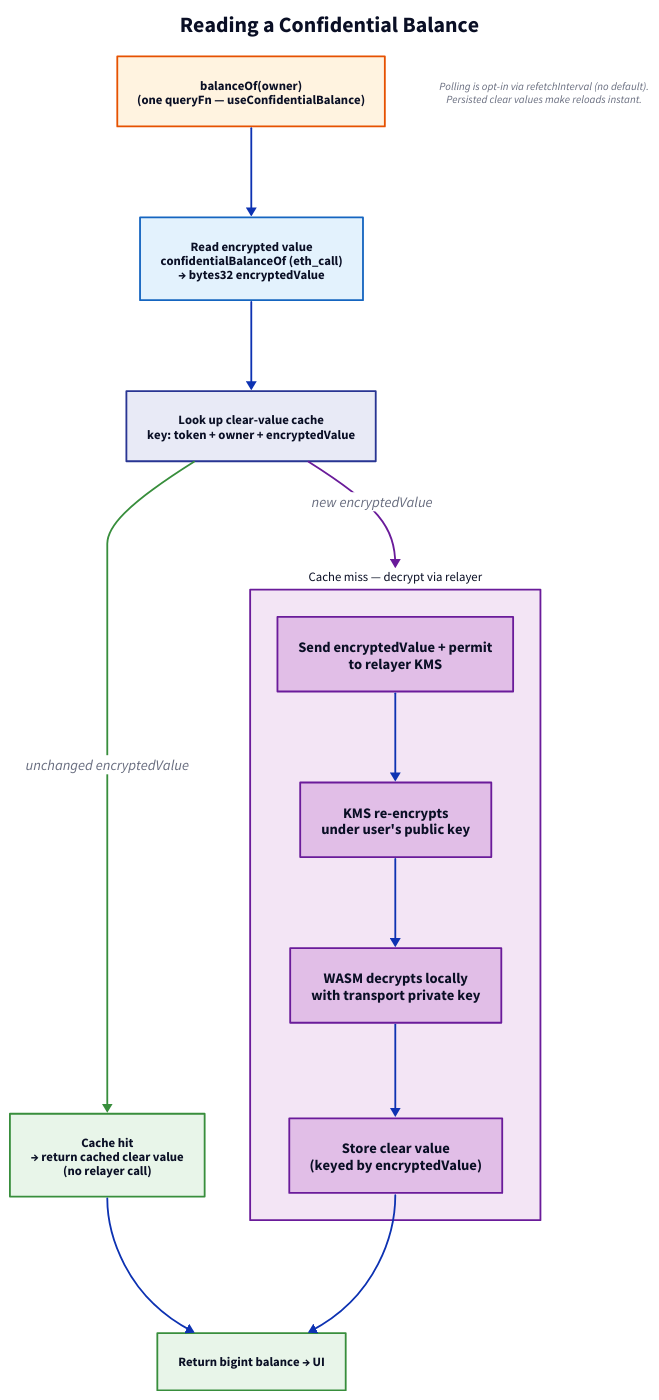
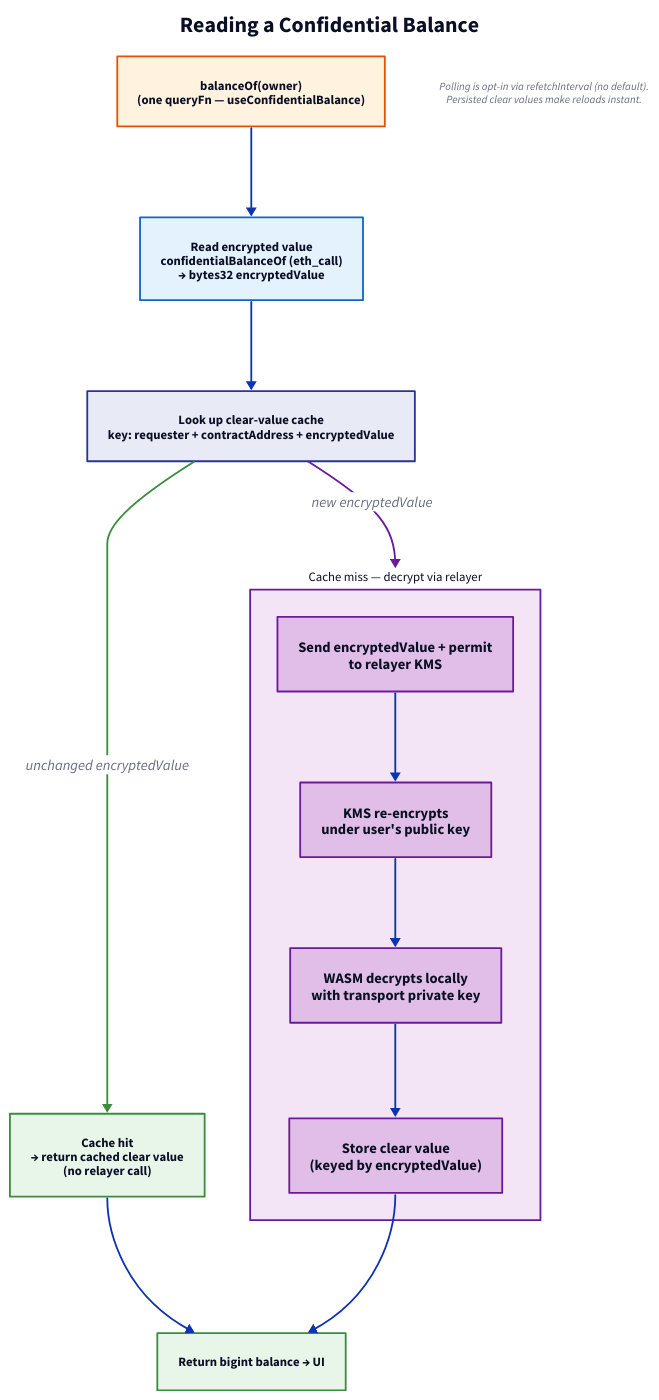
The diagram in docs/diagrams/balance-read.d2 (zama-ai/sdk), drawn with D2 before and after one commit. The commit also changed 13 other files, not shown here.

```diff
--- a/docs/diagrams/balance-read.d2
+++ b/docs/diagrams/balance-read.d2
@@ -1,90 +1,90 @@
 direction: down
 
 title: {
   label: "Reading a Confidential Balance"
   near: top-center
   shape: text
   style.font-size: 24
   style.bold: true
 }
 
 # --- Single entry point ---
 call: "balanceOf(owner)\n(one queryFn — useConfidentialBalance)" {
   style.fill: "#FFF3E0"
   style.stroke: "#E65100"
   style.font-size: 14
   style.bold: true
 }
 
 # --- Step 1: read the encrypted value (cheap) ---
 read: "Read encrypted value\nconfidentialBalanceOf (eth_call)\n→ bytes32 encryptedValue" {
   style.fill: "#E3F2FD"
   style.stroke: "#1565C0"
   style.font-size: 14
 }
 
 # --- Step 2: clear-value cache lookup ---
-lookup: "Look up clear-value cache\nkey: token + owner + encryptedValue" {
+lookup: "Look up clear-value cache\nkey: requester + contractAddress + encryptedValue" {
   style.fill: "#E8EAF6"
   style.stroke: "#283593"
   style.font-size: 14
 }
 
 hit: "Cache hit\n→ return cached clear value\n(no relayer call)" {
   style.fill: "#E8F5E9"
   style.stroke: "#388E3C"
   style.font-size: 14
 }
 
 # --- Step 3: decrypt on miss (expensive) ---
 decrypt: "Cache miss — decrypt via relayer" {
   style.fill: "#F3E5F5"
   style.stroke: "#6A1B9A"
   style.font-size: 14
 
   send: "Send encryptedValue + permit\nto relayer KMS" {
     style.fill: "#E1BEE7"
     style.stroke: "#6A1B9A"
   }
   reencrypt: "KMS re-encrypts\nunder user's public key" {
     style.fill: "#E1BEE7"
     style.stroke: "#6A1B9A"
   }
   local: "WASM decrypts locally\nwith transport private key" {
     style.fill: "#E1BEE7"
     style.stroke: "#6A1B9A"
   }
   store: "Store clear value\n(keyed by encryptedValue)" {
     style.fill: "#E1BEE7"
     style.stroke: "#6A1B9A"
   }
 
   send -> reencrypt
   reencrypt -> local
   local -> store
 }
 
 result: "Return bigint balance → UI" {
   style.fill: "#E8F5E9"
   style.stroke: "#388E3C"
   style.font-size: 14
   style.bold: true
 }
 
 note: "Polling is opt-in via refetchInterval (no default).\nPersisted clear values make reloads instant." {
   shape: text
   style.font-size: 12
   style.italic: true
 }
 
 # --- Connections ---
 call -> read
 read -> lookup
 lookup -> hit: "unchanged encryptedValue" {
   style.stroke: "#388E3C"
 }
 lookup -> decrypt: "new encryptedValue" {
   style.stroke: "#6A1B9A"
 }
 hit -> result
 decrypt.store -> result
```
